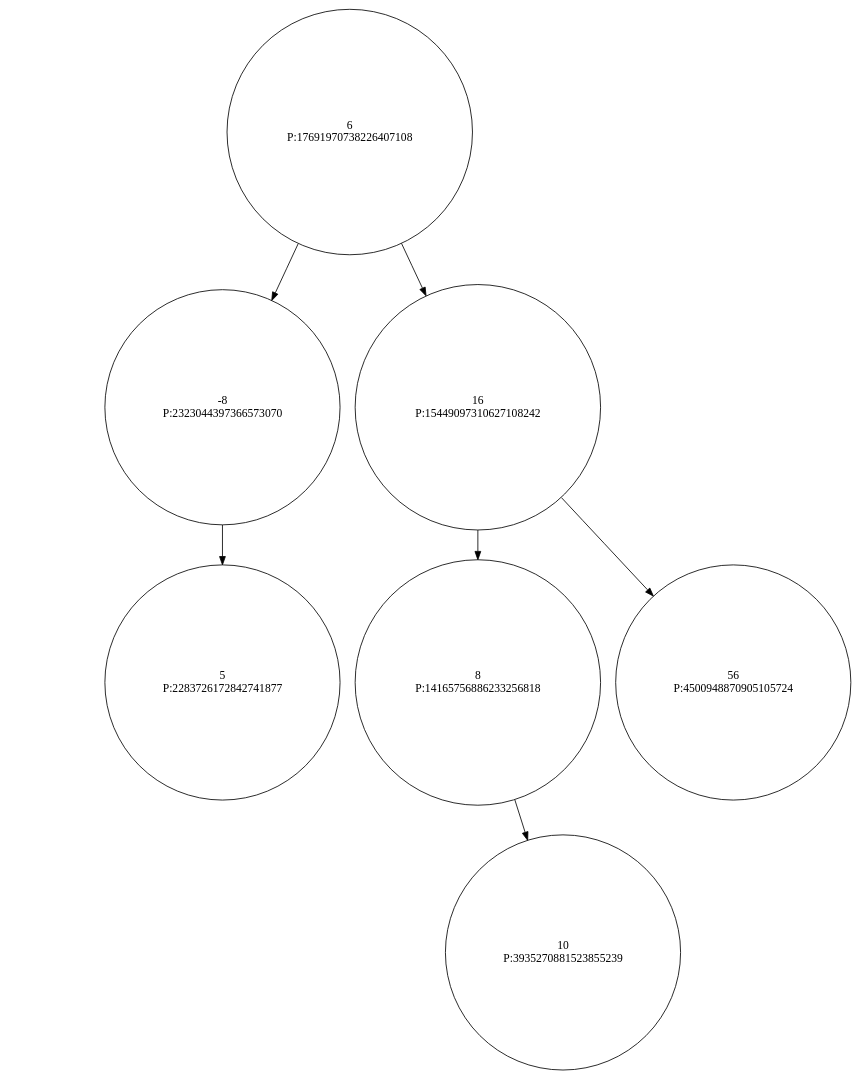
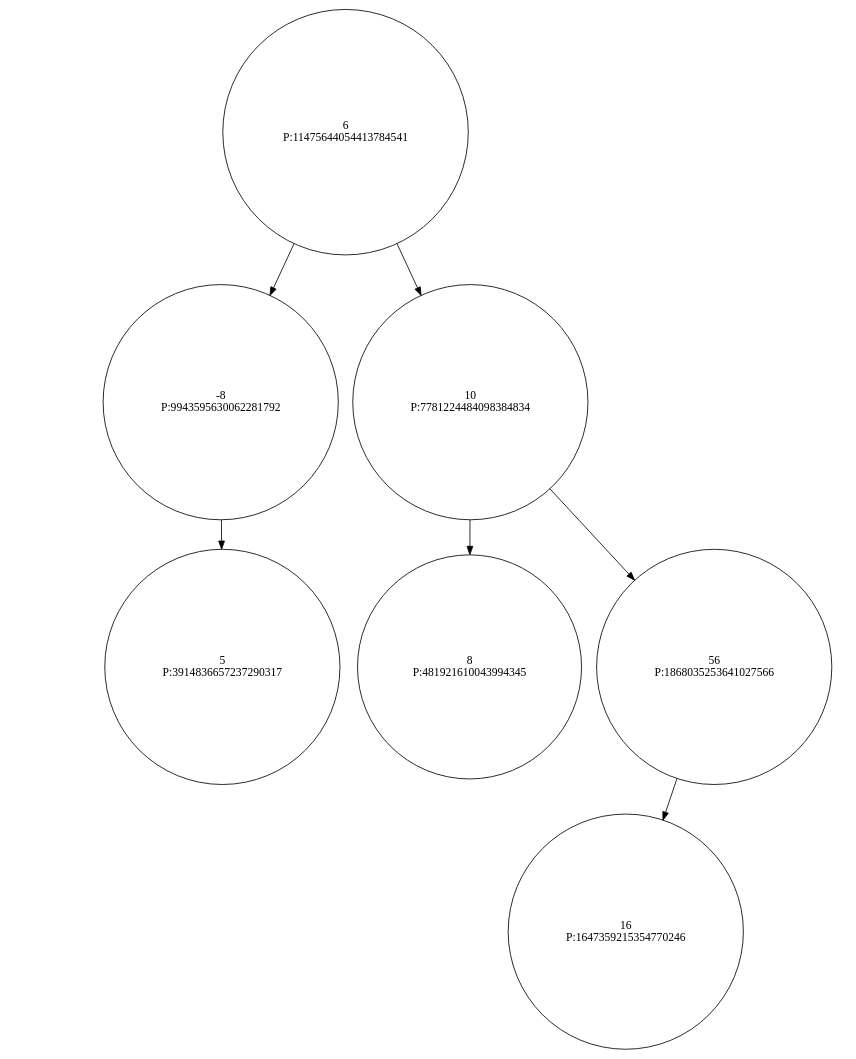
The diagram in data/output/dot/treap1.dot (Ritaa-Marie/Trabalho-Arvores-AEDES2), drawn with Graphviz before and after one commit. The commit also changed 31 other files, not shown here.

```diff
--- a/data/output/dot/treap1.dot
+++ b/data/output/dot/treap1.dot
@@ -1,20 +1,20 @@
 digraph Treap {
    node [shape=circle];
-  6 [label="6\nP:17691970738226407108"];
+  6 [label="6\nP:11475644054413784541"];
   "6" -> "-8";
-  -8 [label="-8\nP:2323044397366573070"];
+  -8 [label="-8\nP:9943595630062281792"];
   "null_l_-8" [style=invis];
   "-8" -> "null_l_-8" [style=invis];
   "-8" -> "5";
-  5 [label="5\nP:2283726172842741877"];
-  "6" -> "16";
-  16 [label="16\nP:15449097310627108242"];
-  "16" -> "8";
-  8 [label="8\nP:14165756886233256818"];
-  "null_l_8" [style=invis];
-  "8" -> "null_l_8" [style=invis];
-  "8" -> "10";
-  10 [label="10\nP:3935270881523855239"];
-  "16" -> "56";
-  56 [label="56\nP:4500948870905105724"];
+  5 [label="5\nP:3914836657237290317"];
+  "6" -> "10";
+  10 [label="10\nP:7781224484098384834"];
+  "10" -> "8";
+  8 [label="8\nP:481921610043994345"];
+  "10" -> "56";
+  56 [label="56\nP:1868035253641027566"];
+  "56" -> "16";
+  16 [label="16\nP:1647359215354770246"];
+  "null_r_56" [style=invis];
+  "56" -> "null_r_56" [style=invis];
 }
```
